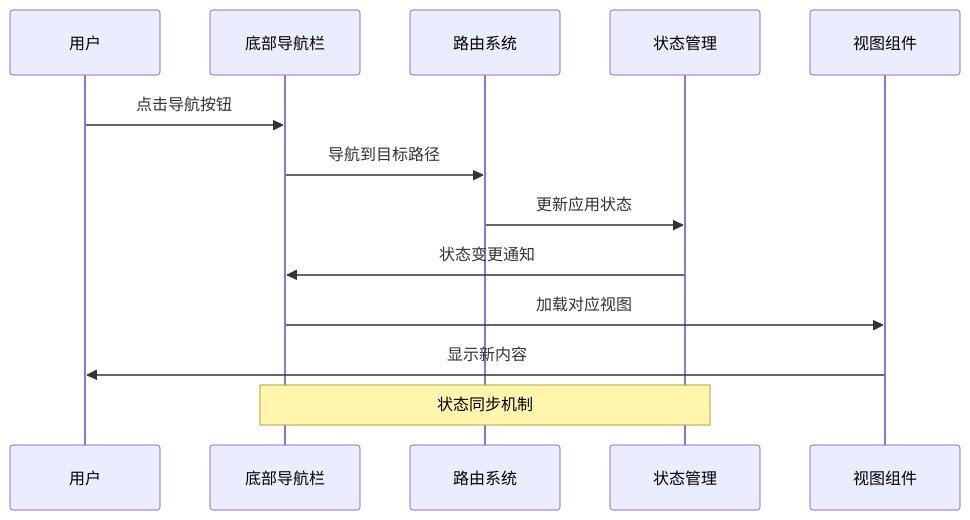
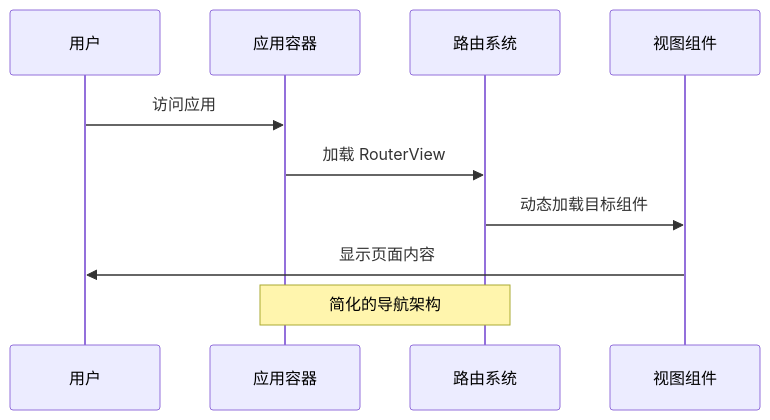
One commit to xixixiaoyu/Todo changed the second of 4 diagrams in .qoder/repowiki/zh/content/前端架构/组件设计/UI组件库/导航组件/底部导航栏.md. Above: the diagram before and after it, drawn with Mermaid. The commit also changed other lines of this file and 6 other files, not shown here.

````diff
--- a/.qoder/repowiki/zh/content/前端架构/组件设计/UI组件库/导航组件/底部导航栏.md
+++ b/.qoder/repowiki/zh/content/前端架构/组件设计/UI组件库/导航组件/底部导航栏.md
@@ -97,15 +97,12 @@
 ```mermaid
 sequenceDiagram
 participant User as 用户
-participant TabBar as 底部导航栏
+participant App as 应用容器
 participant Router as 路由系统
-participant Store as 状态管理
 participant View as 视图组件
-User->>TabBar : 点击导航按钮
-TabBar->>Router : 导航到目标路径
-Router->>Store : 更新应用状态
-Store->>TabBar : 状态变更通知
-TabBar->>View : 加载对应视图
-View->>User : 显示新内容
-Note over TabBar,Store : 状态同步机制
+User->>App : 访问应用
+App->>Router : 加载 RouterView
+Router->>View : 动态加载目标组件
+View->>User : 显示页面内容
+Note over App,Router : 简化的导航架构
 ```
````
